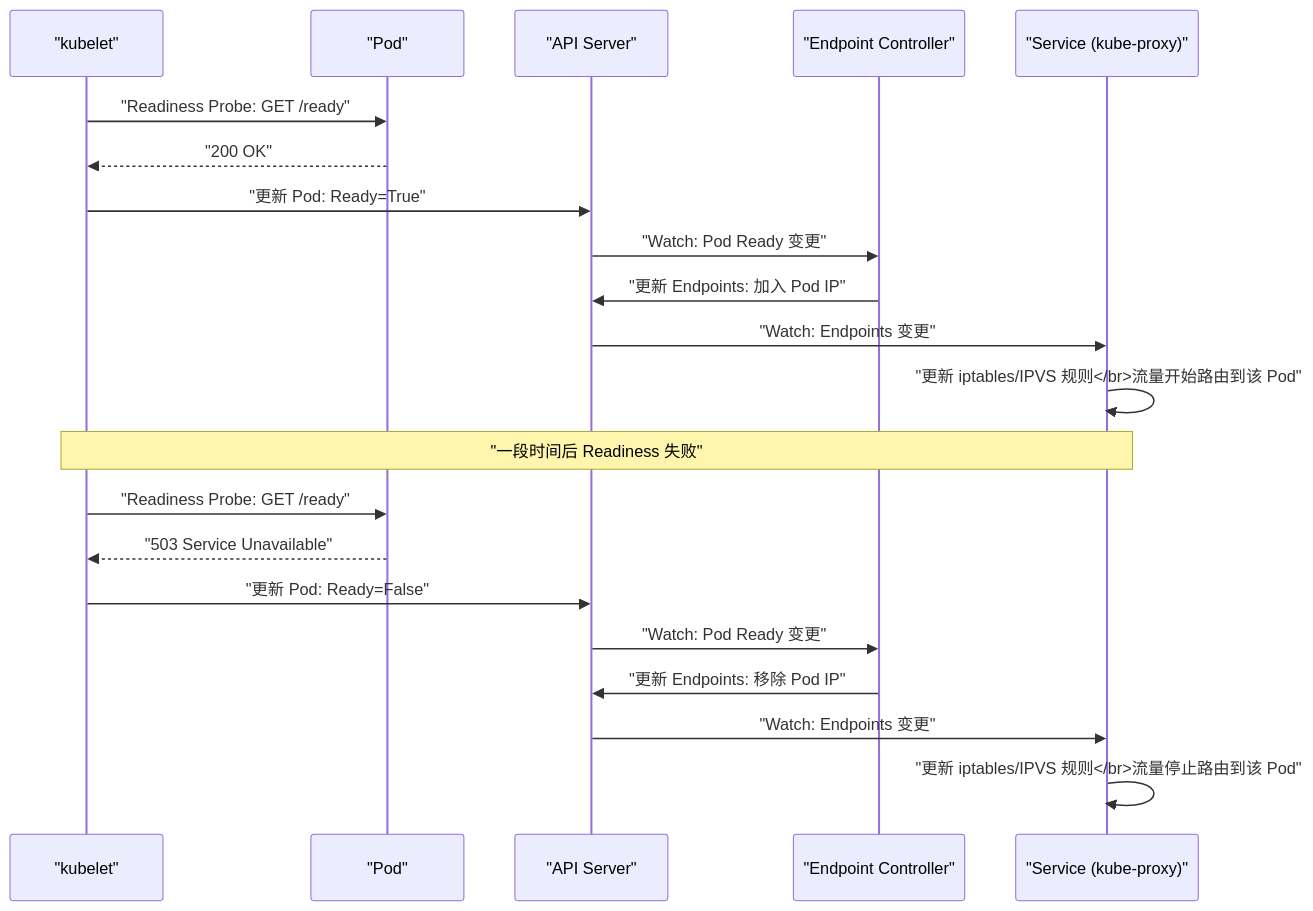
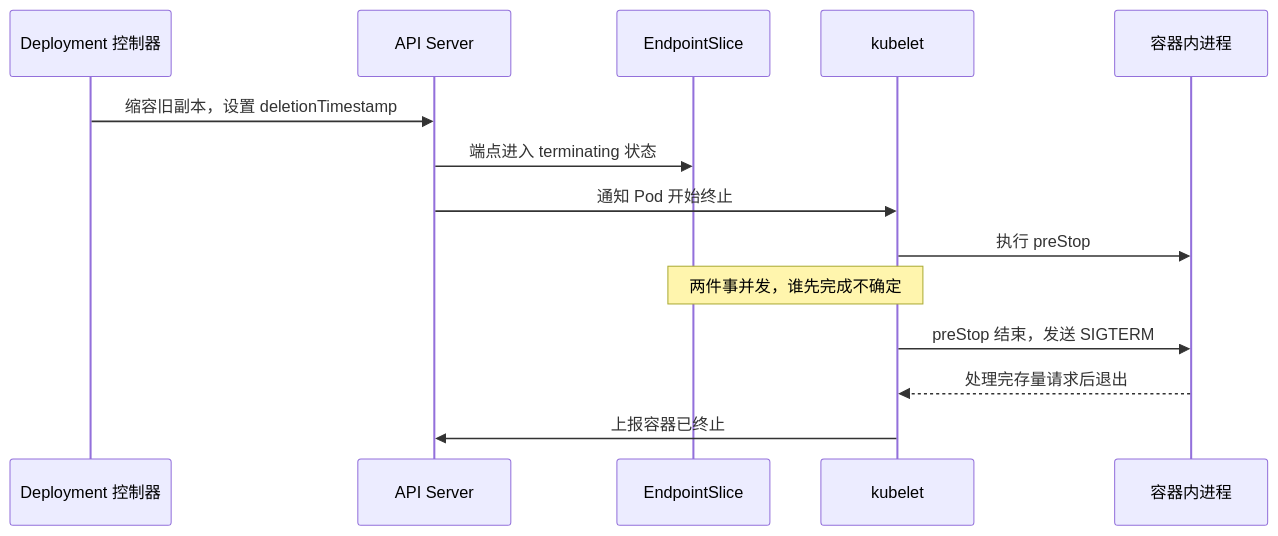
Before and after one commit to hpliStartAgain/my-brain: the sixth of 6 diagrams in content/云原生/Kubernetes/kubernetes生命周期管理和服务发现/03 健康检查与就绪探针.md, drawn with Mermaid. The commit also changed other lines of this file and 259 other files, not shown here.

````diff
--- a/content/云原生/Kubernetes/kubernetes生命周期管理和服务发现/03 健康检查与就绪探针.md
+++ b/content/云原生/Kubernetes/kubernetes生命周期管理和服务发现/03 健康检查与就绪探针.md
@@ -304,26 +380,17 @@
 ```mermaid
 %%{init: {'theme': 'dracula'}}%%
 sequenceDiagram
-    participant KL as "kubelet"
-    participant POD as "Pod"
-    participant API as "API Server"
-    participant EP as "Endpoint Controller"
-    participant SVC as "Service (kube-proxy)"
-
-    KL->>POD: "Readiness Probe: GET /ready"
-    POD-->>KL: "200 OK"
-    KL->>API: "更新 Pod: Ready=True"
-    API->>EP: "Watch: Pod Ready 变更"
-    EP->>API: "更新 Endpoints: 加入 Pod IP"
-    API->>SVC: "Watch: Endpoints 变更"
-    SVC->>SVC: "更新 iptables/IPVS 规则</br>流量开始路由到该 Pod"
-    
-    Note over KL,SVC: "一段时间后 Readiness 失败"
-    KL->>POD: "Readiness Probe: GET /ready"
-    POD-->>KL: "503 Service Unavailable"
-    KL->>API: "更新 Pod: Ready=False"
-    API->>EP: "Watch: Pod Ready 变更"
-    EP->>API: "更新 Endpoints: 移除 Pod IP"
-    API->>SVC: "Watch: Endpoints 变更"
-    SVC->>SVC: "更新 iptables/IPVS 规则</br>流量停止路由到该 Pod"
+    participant DEP as Deployment 控制器
+    participant API as API Server
+    participant EP as EndpointSlice
+    participant KL as kubelet
+    participant APP as 容器内进程
+    DEP->>API: 缩容旧副本，设置 deletionTimestamp
+    API->>EP: 端点进入 terminating 状态
+    API->>KL: 通知 Pod 开始终止
+    KL->>APP: 执行 preStop
+    Note over EP,KL: 两件事并发，谁先完成不确定
+    KL->>APP: preStop 结束，发送 SIGTERM
+    APP-->>KL: 处理完存量请求后退出
+    KL->>API: 上报容器已终止
 ```
````
